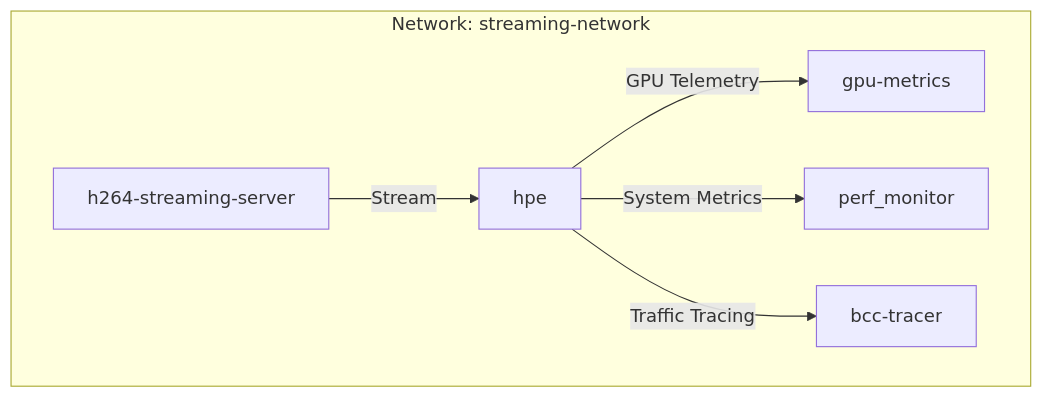
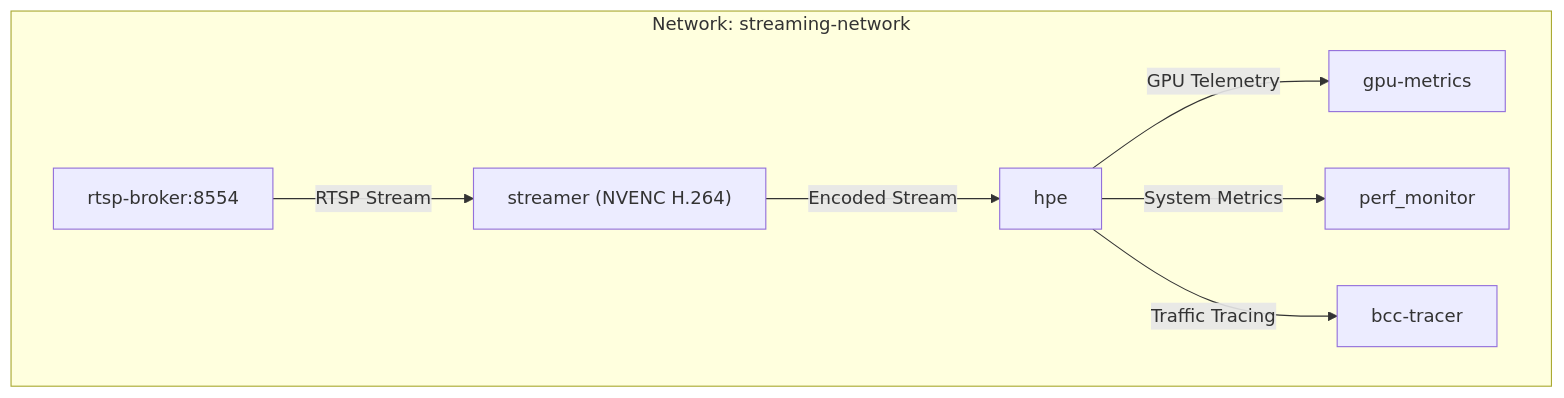
Before and after one commit to Fogus-Gr/MeasurementsDTs: the second of 3 diagrams in .qoder/repowiki/en/content/Deployment Infrastructure/Containerization and Docker Configuration.md, drawn with Mermaid. The commit also changed other lines of this file and 12 other files, not shown here.

````diff
--- a/.qoder/repowiki/en/content/Deployment Infrastructure/Containerization and Docker Configuration.md
+++ b/.qoder/repowiki/en/content/Deployment Infrastructure/Containerization and Docker Configuration.md
@@ -149,14 +163,16 @@
 ```mermaid
 graph TB
 subgraph "Network: streaming-network"
-S["h264-streaming-server"]
+BROKER["rtsp-broker:8554"]
+STREAMER["streamer (NVENC H.264)"]
 H["hpe"]
 G["gpu-metrics"]
 P["perf_monitor"]
 T["bcc-tracer"]
 end
-S --> |"Stream"| H
+BROKER --> |"RTSP Stream"| STREAMER
+STREAMER --> |"Encoded Stream"| H
 H --> |"GPU Telemetry"| G
 H --> |"System Metrics"| P
 H --> |"Traffic Tracing"| T
 ```
````
